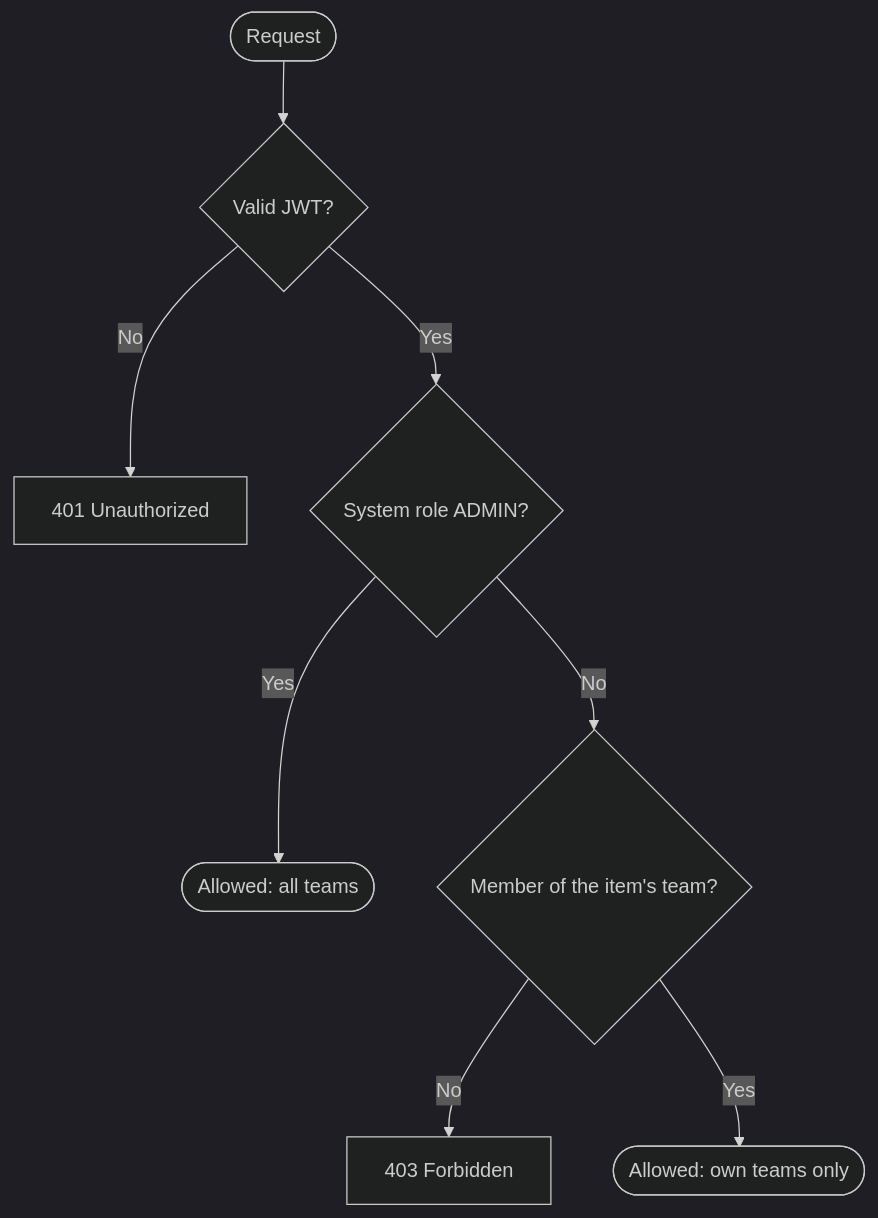
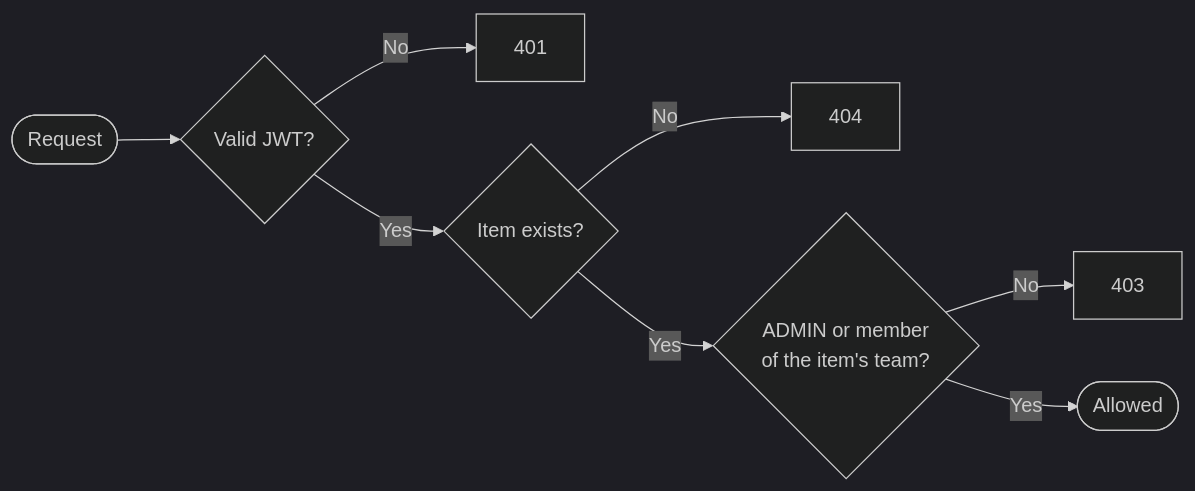
One commit to Navneet6050/Newtonie changed the sixth of 11 diagrams in README.md. Above: the diagram before and after it, drawn with Mermaid (dark theme). The commit also changed other lines of this file and 2 other files, not shown here.

Commit message:
docs: refine project and architecture documentation

````diff
--- a/README.md
+++ b/README.md
@@ -249,10 +272,10 @@
 ```mermaid
-flowchart TD
-    R([Request]) --> T{"Valid JWT?"}
-    T -- No --> E401["401 Unauthorized"]
-    T -- Yes --> A{"System role ADMIN?"}
-    A -- Yes --> OK(["Allowed: all teams"])
-    A -- No --> M{"Member of the item's team?"}
-    M -- No --> E403["403 Forbidden"]
-    M -- Yes --> OK2(["Allowed: own teams only"])
+flowchart LR
+    R(["Request"]) --> J{"Valid JWT?"}
+    J -- "No" --> E1["401"]
+    J -- "Yes" --> X{"Item exists?"}
+    X -- "No" --> E2["404"]
+    X -- "Yes" --> A{"ADMIN or member<br/>of the item's team?"}
+    A -- "No" --> E3["403"]
+    A -- "Yes" --> OK(["Allowed"])
 ```
````
